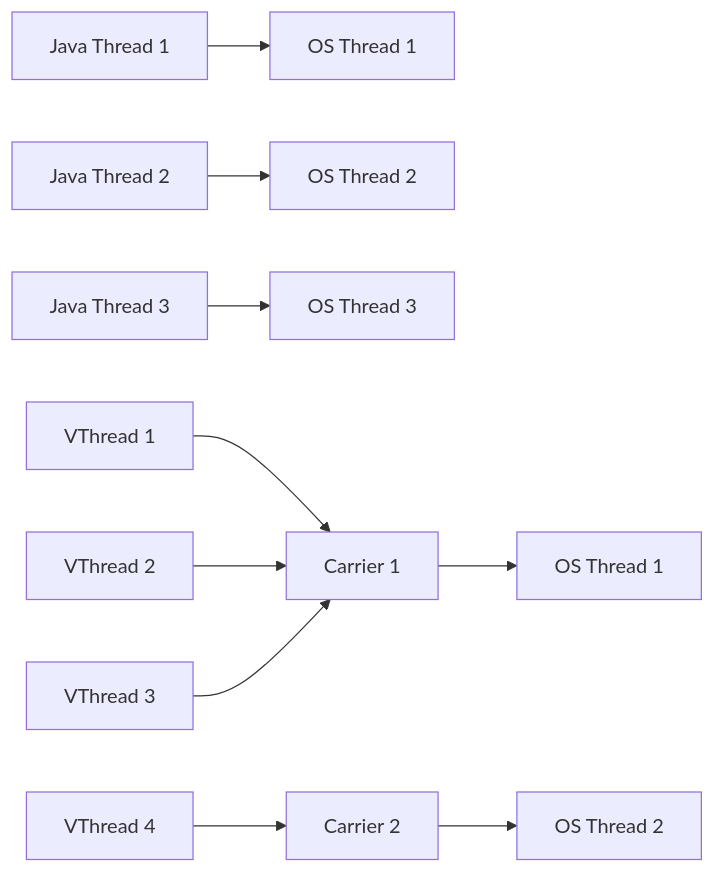
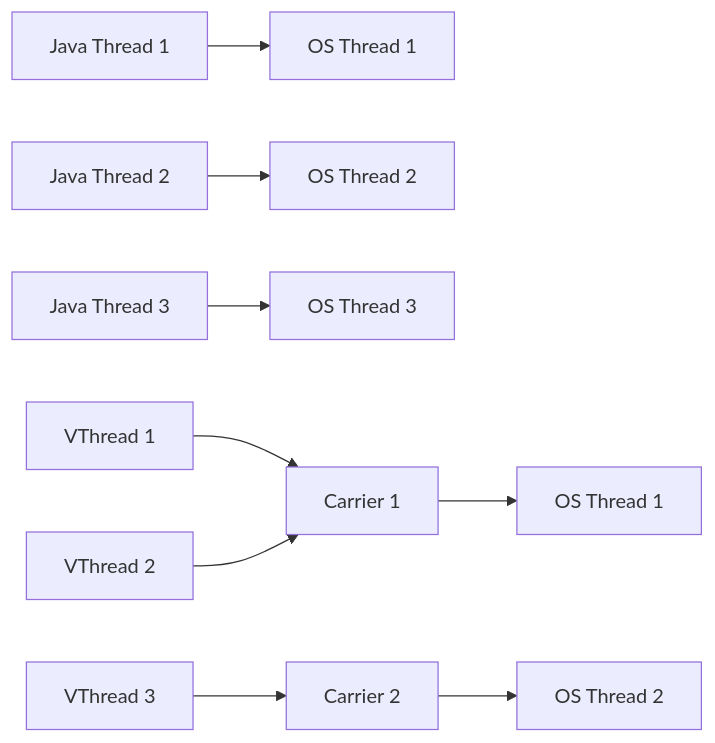
Before and after one commit to yjkim2015/yjkim2015.github.io: the third of 7 diagrams in _posts/java/2026-05-01-java-virtual-thread.md, drawn with Mermaid. The commit also changed other lines of this file and 155 other files, not shown here.

First line of the commit message:
Mermaid 전면 수정: subgraph 제거, participant/노드/줄수 축소 (342블록)

````diff
--- a/_posts/java/2026-05-01-java-virtual-thread.md
+++ b/_posts/java/2026-05-01-java-virtual-thread.md
@@ -121,12 +117,11 @@
 ```mermaid
 graph LR
     JT1[Java Thread 1] --> OST1[OS Thread 1]
     JT2[Java Thread 2] --> OST2[OS Thread 2]
     JT3[Java Thread 3] --> OST3[OS Thread 3]
     VT1[VThread 1] --> CT1[Carrier 1]
     VT2[VThread 2] --> CT1
-    VT3[VThread 3] --> CT1
-    VT4[VThread 4] --> CT2[Carrier 2]
+    VT3[VThread 3] --> CT2[Carrier 2]
     CT1 --> OS1[OS Thread 1]
     CT2 --> OS2[OS Thread 2]
 ```
````
